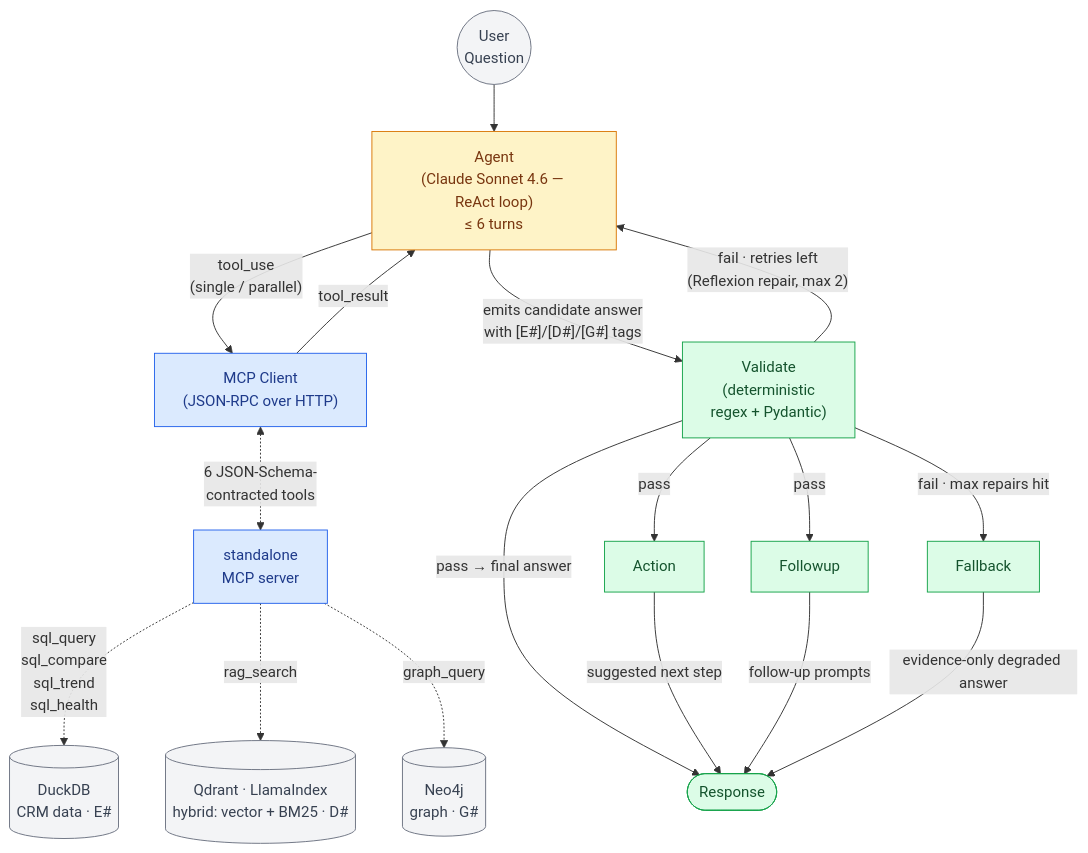
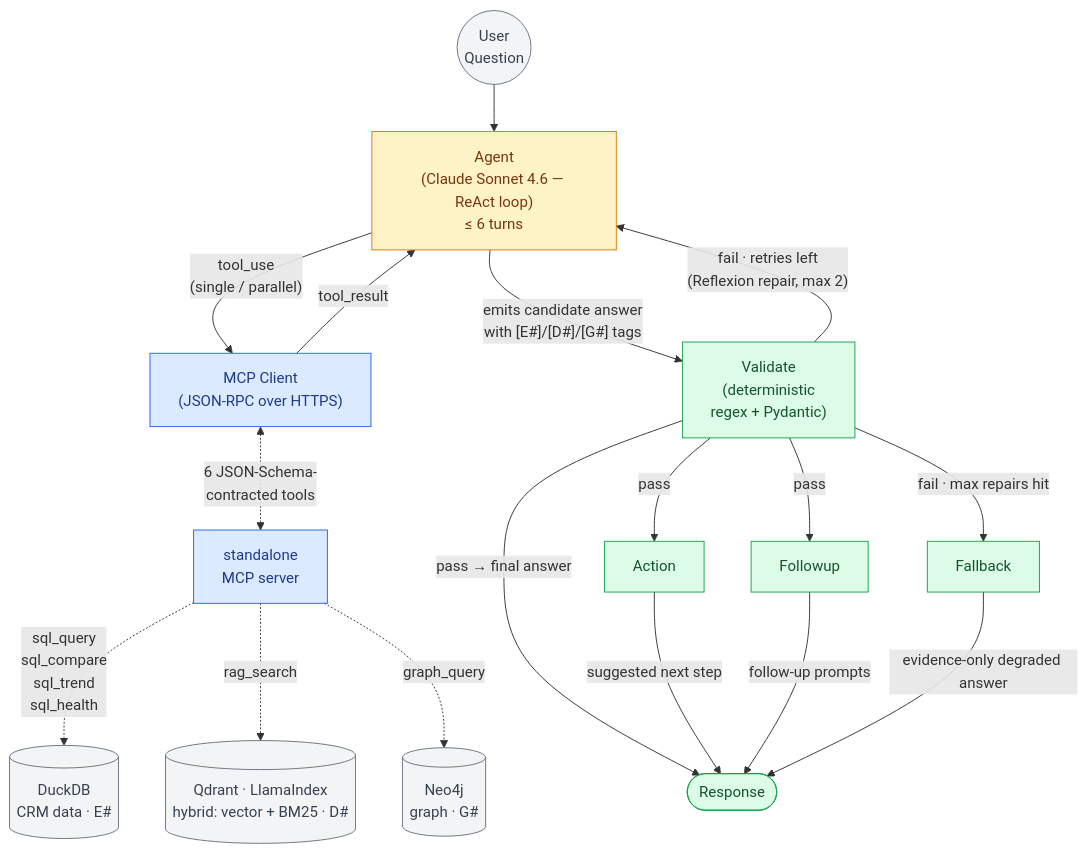
Before and after one commit to sazzad-kamal/crm-agentic-mcp-engine: the first of 6 diagrams in README.md, drawn with Mermaid.

Commit message:
D1: MCP Client transport HTTP -> HTTPS (matches D2, reflects Railway TLS)

````diff
--- a/README.md
+++ b/README.md
@@ -26,33 +26,33 @@
 ```mermaid
 flowchart TB
     Q(("User<br/>Question")) --> AGENT["Agent<br/>(Claude Sonnet 4.6 — ReAct loop)<br/>≤ 6 turns"]
 
-    AGENT -->|"tool_use<br/>(single / parallel)"| MCP_CLIENT["MCP Client<br/>(JSON-RPC over HTTP)"]
+    AGENT -->|"tool_use<br/>(single / parallel)"| MCP_CLIENT["MCP Client<br/>(JSON-RPC over HTTPS)"]
     MCP_CLIENT <-.->|"6 JSON-Schema-<br/>contracted tools"| MCPSRV["standalone<br/>MCP server"]
     MCP_CLIENT -->|tool_result| AGENT
 
     AGENT -->|"emits candidate answer<br/>with [E#]/[D#]/[G#] tags"| VAL["Validate<br/>(deterministic<br/>regex + Pydantic)"]
     VAL -->|"fail · retries left<br/>(Reflexion repair, max 2)"| AGENT
     VAL -->|"fail · max repairs hit"| FB["Fallback"]
     VAL -->|"pass → final answer"| RESP
     VAL -->|pass| ACT["Action"] & FU["Followup"]
     ACT -->|"suggested next step"| RESP
     FU -->|"follow-up prompts"| RESP
     FB -->|"evidence-only degraded answer"| RESP
 
     RESP(["Response"])
 
     MCPSRV -.->|sql_query<br/>sql_compare<br/>sql_trend<br/>sql_health| DB[("DuckDB<br/>CRM data · E#")]
     MCPSRV -.->|rag_search| VS[("Qdrant · LlamaIndex<br/>hybrid: vector + BM25 · D#")]
     MCPSRV -.->|graph_query| N4[("Neo4j<br/>graph · G#")]
 
     classDef agent fill:#fef3c7,stroke:#d97706,color:#78350f
     classDef tool fill:#dbeafe,stroke:#2563eb,color:#1e3a8a
     classDef response fill:#dcfce7,stroke:#16a34a,color:#14532d
     classDef boundary fill:#f3f4f6,stroke:#6b7280,color:#374151
 
     class AGENT agent
     class MCP_CLIENT,MCPSRV tool
     class VAL,ACT,FU,FB,RESP response
     class Q,DB,VS,N4 boundary
 ```
````
